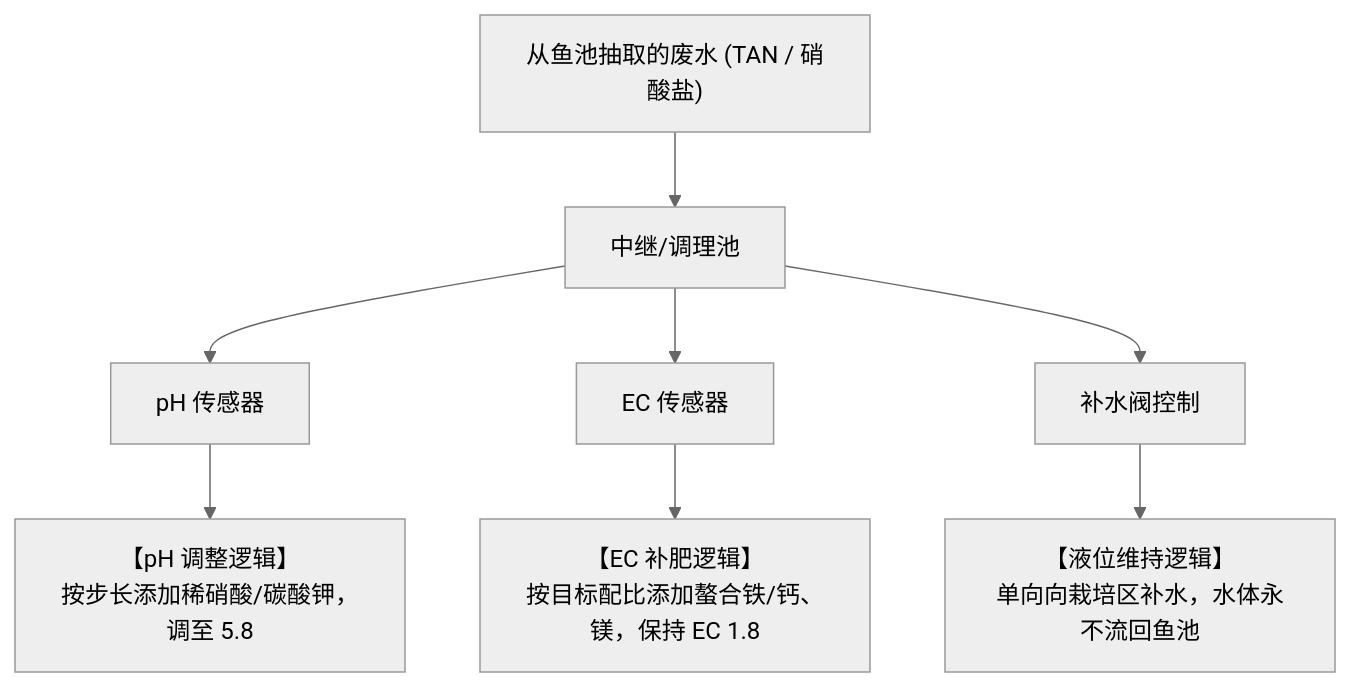
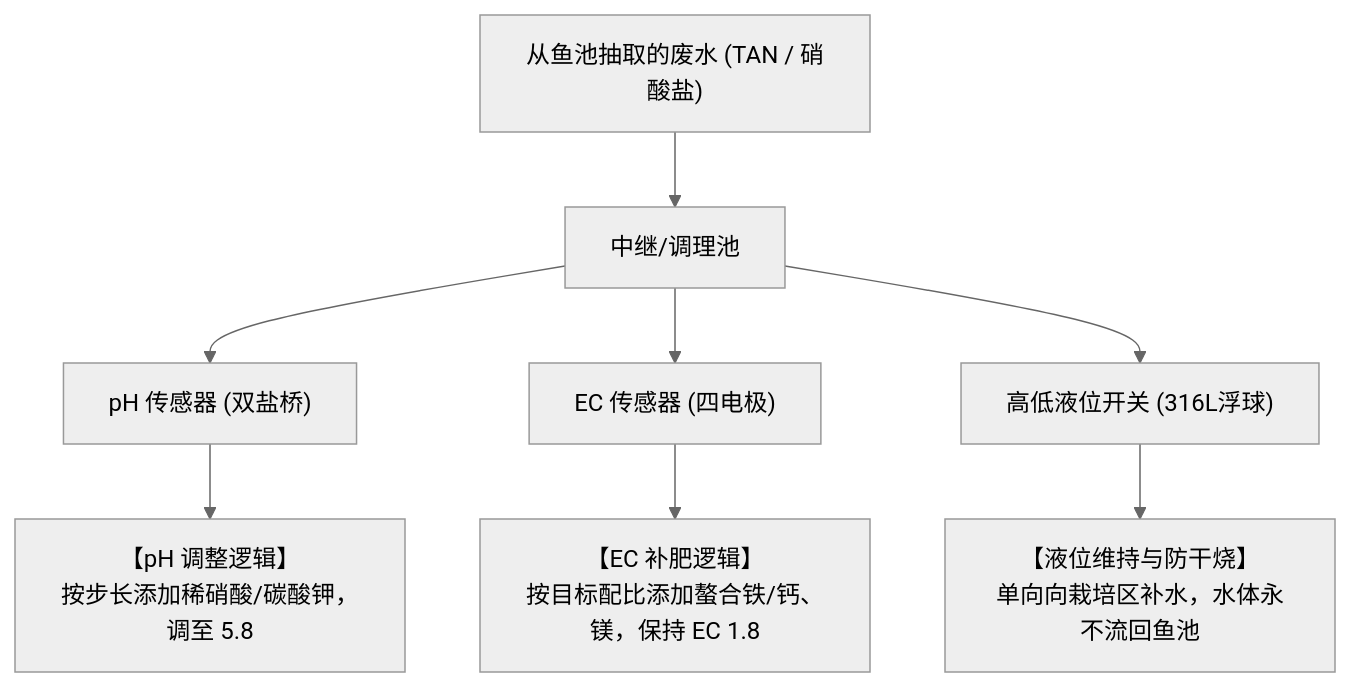
One commit to digitalboy/aquaponics changed the diagram in docs/04_subsystems/02_水培种植子系统.md. Above: the diagram before and after it, drawn with Mermaid (neutral theme). The commit also changed other lines of this file and 17 other files, not shown here.

````diff
--- a/docs/04_subsystems/02_水培种植子系统.md
+++ b/docs/04_subsystems/02_水培种植子系统.md
@@ -36,12 +36,12 @@
 ```mermaid
 flowchart TD
     Source["从鱼池抽取的废水 (TAN / 硝酸盐)"] --> Buffer["中继/调理池"]
     
-    Buffer --> SensorPH["pH 传感器"]
-    Buffer --> SensorEC["EC 传感器"]
-    Buffer --> SensorLevel["补水阀控制"]
+    Buffer --> SensorPH["pH 传感器 (双盐桥)"]
+    Buffer --> SensorEC["EC 传感器 (四电极)"]
+    Buffer --> SensorLevel["高低液位开关 (316L浮球)"]
     
     SensorPH --> LogicPH["【pH 调整逻辑】<br>按步长添加稀硝酸/碳酸钾，调至 5.8"]
     SensorEC --> LogicEC["【EC 补肥逻辑】<br>按目标配比添加螯合铁/钙、镁，保持 EC 1.8"]
-    SensorLevel --> LogicLevel["【液位维持逻辑】<br>单向向栽培区补水，水体永不流回鱼池"]
+    SensorLevel --> LogicLevel["【液位维持与防干烧】<br>单向向栽培区补水，水体永不流回鱼池"]
 ```
````
